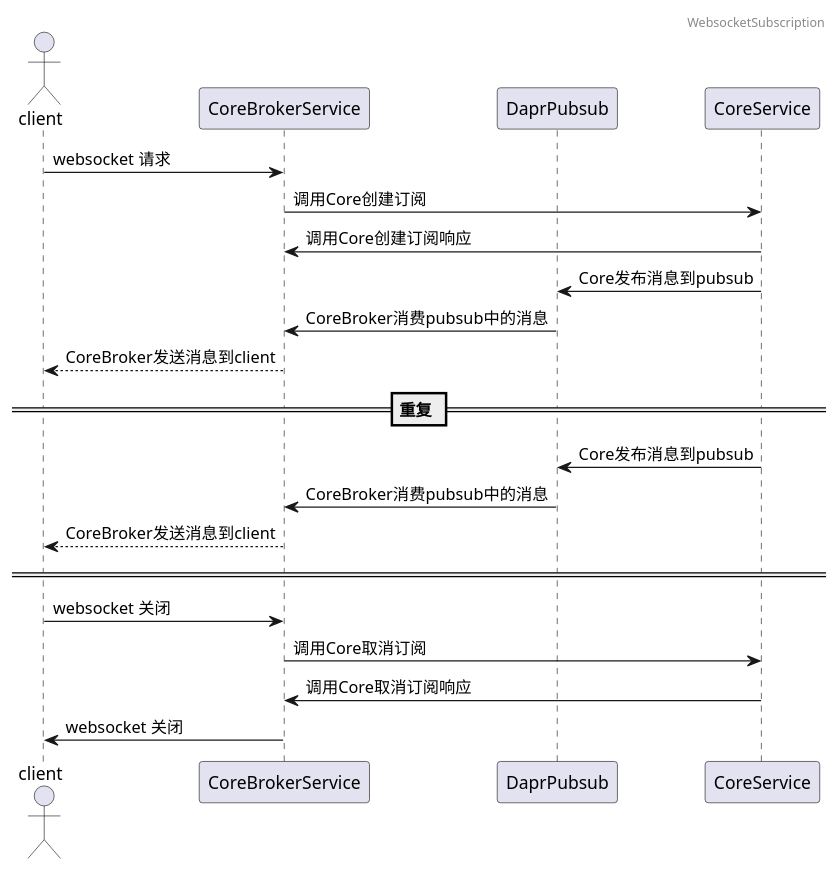
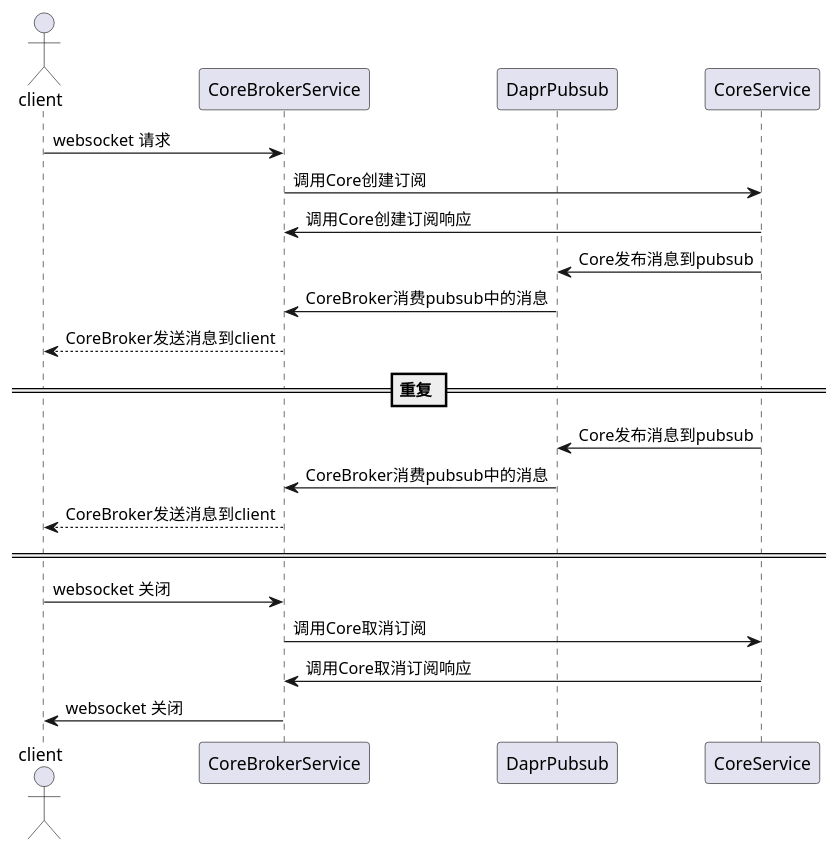
Before and after one commit to tkeel-io/docs: the ninth of 9 diagrams in docs/api/appendix/plantuml/core_broker.md, drawn with PlantUML. The commit also changed other lines of this file and 2 other files, not shown here.

````diff
--- a/docs/api/appendix/plantuml/core_broker.md
+++ b/docs/api/appendix/plantuml/core_broker.md
@@ -133,28 +126,26 @@
 ```plantuml
 @startuml
-header WebsocketSubscription
-
 actor client
 participant CoreBrokerService
 participant DaprPubsub
 participant CoreService
 
 client->CoreBrokerService:websocket 请求
 CoreBrokerService->CoreService:调用Core创建订阅
 CoreBrokerService<-CoreService:调用Core创建订阅响应
 CoreService->DaprPubsub:Core发布消息到pubsub
 DaprPubsub->CoreBrokerService:CoreBroker消费pubsub中的消息
 CoreBrokerService-->client:CoreBroker发送消息到client
 
 == 重复 ==
 CoreService->DaprPubsub:Core发布消息到pubsub
 DaprPubsub->CoreBrokerService:CoreBroker消费pubsub中的消息
 CoreBrokerService-->client:CoreBroker发送消息到client
 
 ====
 client->CoreBrokerService:websocket 关闭
 CoreBrokerService->CoreService:调用Core取消订阅
 CoreBrokerService<-CoreService:调用Core取消订阅响应
 client<-CoreBrokerService:websocket 关闭
 @enduml
 ```
````
